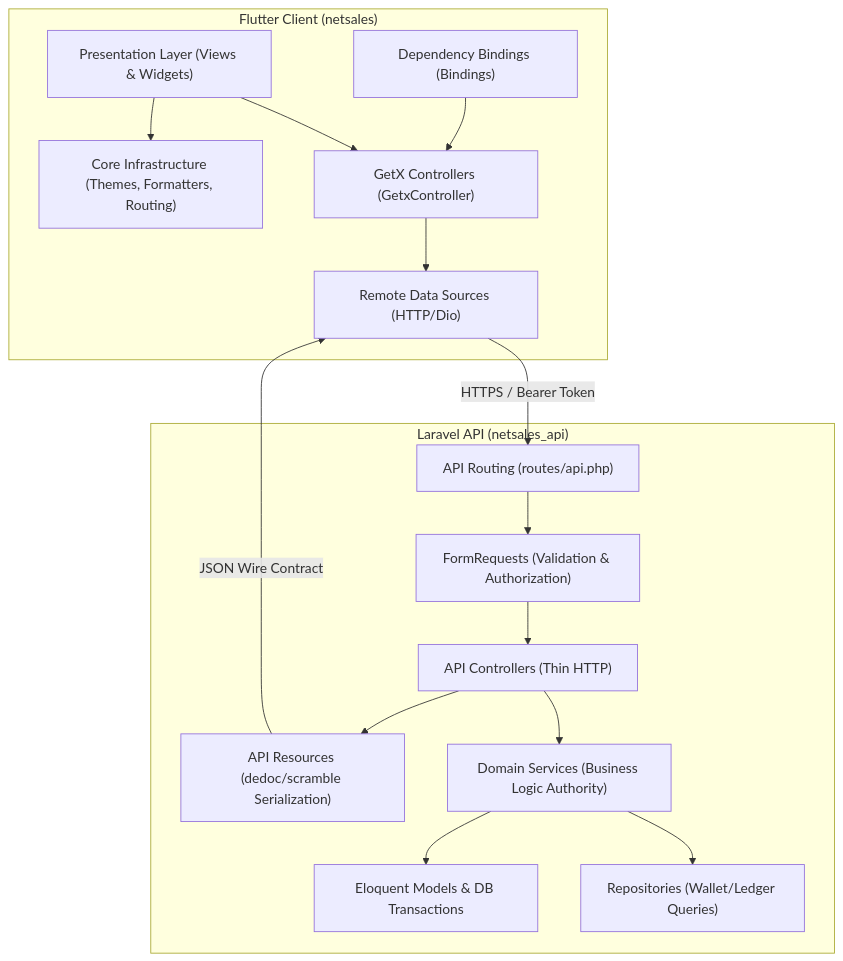
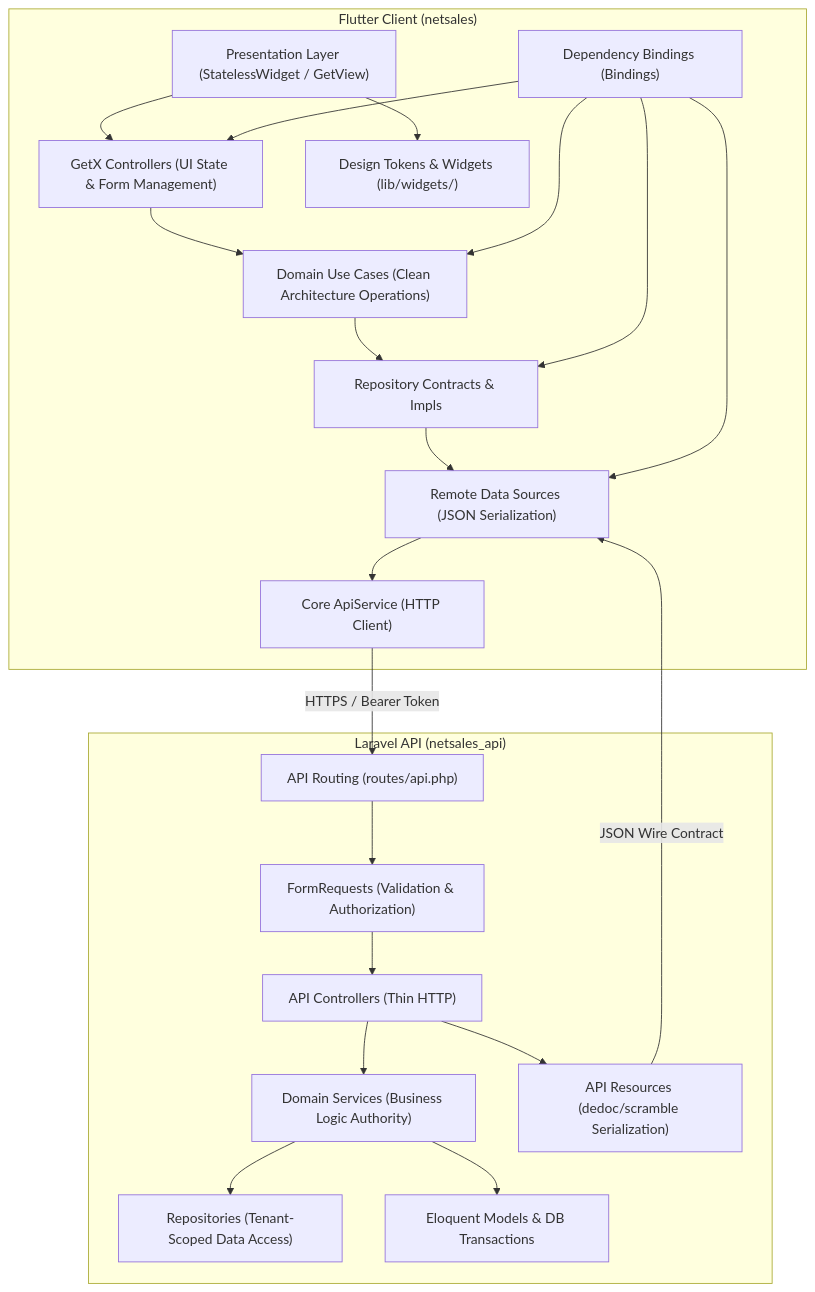
One commit to smartixit/netsales_api changed the diagram in docs/project/ARCHITECTURE.md. Above: the diagram before and after it, drawn with Mermaid. The commit also changed other lines of this file and 6 other files, not shown here.

````diff
--- a/docs/project/ARCHITECTURE.md
+++ b/docs/project/ARCHITECTURE.md
@@ -8,35 +8,44 @@
 ```mermaid
 graph TD
     subgraph "Flutter Client (netsales)"
-        UI["Presentation Layer (Views & Widgets)"]
-        CTRL["GetX Controllers (GetxController)"]
+        UI["Presentation Layer (StatelessWidget / GetView)"]
+        CTRL["GetX Controllers (UI State & Form Management)"]
         BIND["Dependency Bindings (Bindings)"]
-        DS["Remote Data Sources (HTTP/Dio)"]
-        CORE["Core Infrastructure (Themes, Formatters, Routing)"]
+        UC["Domain Use Cases (Clean Architecture Operations)"]
+        REPO["Repository Contracts & Impls"]
+        DS["Remote Data Sources (JSON Serialization)"]
+        API["Core ApiService (HTTP Client)"]
+        CORE["Design Tokens & Widgets (lib/widgets/)"]
 
         UI --> CTRL
-        CTRL --> DS
+        CTRL --> UC
+        UC --> REPO
+        REPO --> DS
+        DS --> API
         BIND --> CTRL
+        BIND --> UC
+        BIND --> REPO
+        BIND --> DS
         UI --> CORE
     end
 
     subgraph "Laravel API (netsales_api)"
         ROUTE["API Routing (routes/api.php)"]
         REQ["FormRequests (Validation & Authorization)"]
         CONTROLLER["API Controllers (Thin HTTP)"]
         SERVICE["Domain Services (Business Logic Authority)"]
-        REPO["Repositories (Wallet/Ledger Queries)"]
+        LREPO["Repositories (Tenant-Scoped Data Access)"]
         MODEL["Eloquent Models & DB Transactions"]
         RES["API Resources (dedoc/scramble Serialization)"]
 
         ROUTE --> REQ
         REQ --> CONTROLLER
         CONTROLLER --> SERVICE
-        SERVICE --> REPO
+        SERVICE --> LREPO
         SERVICE --> MODEL
         CONTROLLER --> RES
     end
 
-    DS -->|HTTPS / Bearer Token| ROUTE
+    API -->|HTTPS / Bearer Token| ROUTE
     RES -->|JSON Wire Contract| DS
 ```
````
